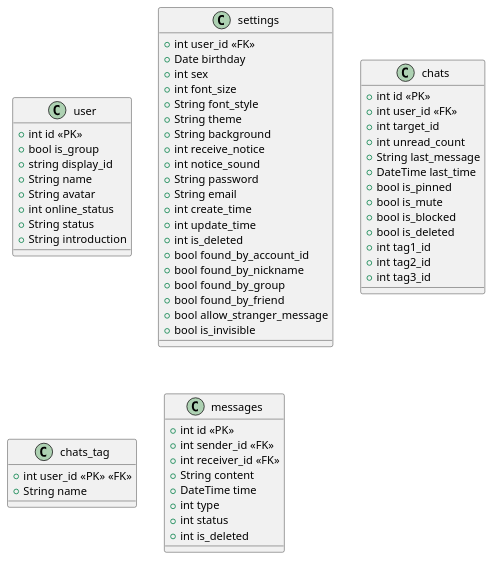
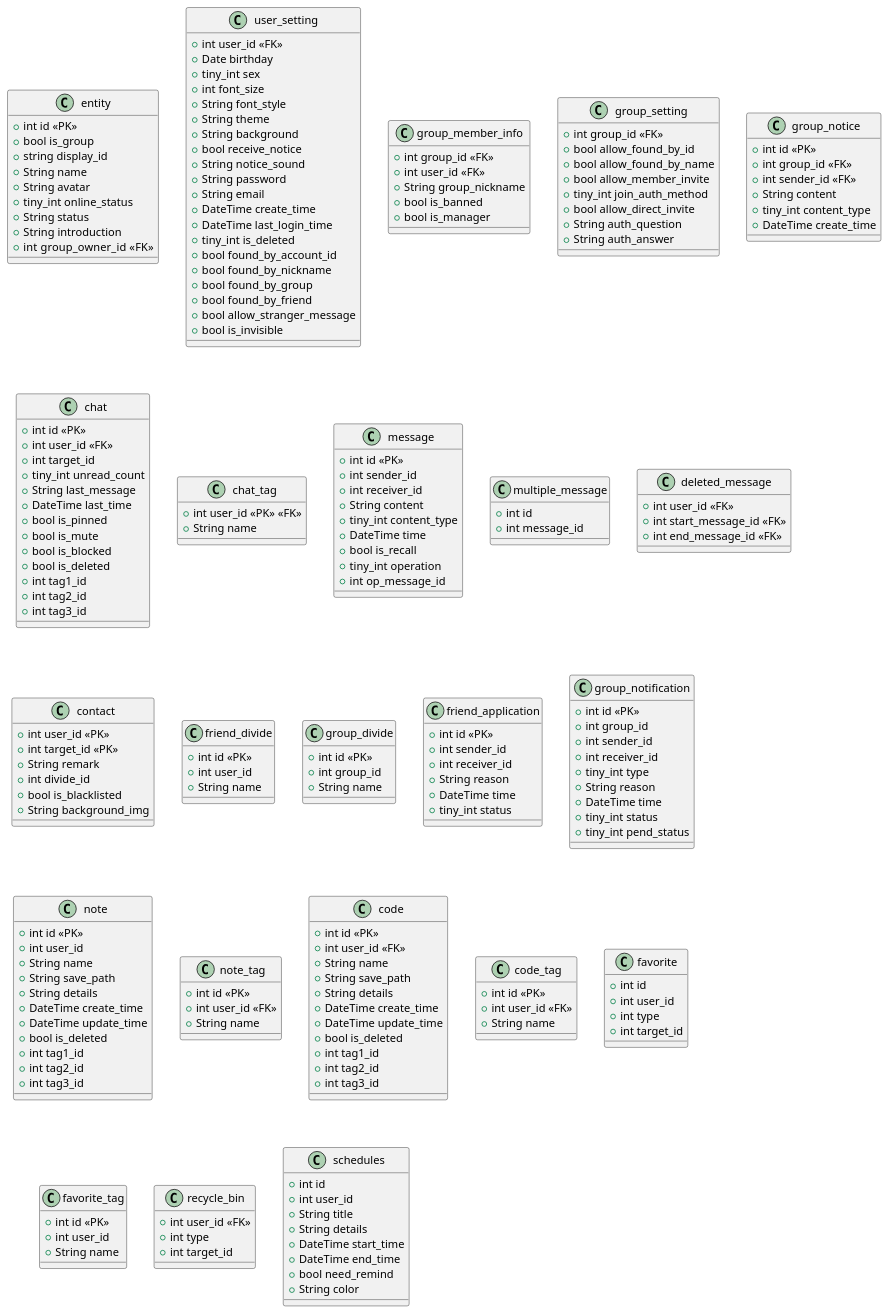
One commit to AnliClark/CommunicationNotes changed the diagram in Database/实体类图.puml. Above: the diagram before and after it, drawn with PlantUML. The commit also changed 3 other files, not shown here.

```diff
--- a/Database/实体类图.puml
+++ b/Database/实体类图.puml
@@ -1,32 +1,34 @@
 @startuml
-class user{
+' 用户和群聊
+class entity{
     +int id <<PK>> 
     +bool is_group
     +string display_id 
     +String name
     +String avatar
-    +int online_status
+    +tiny_int online_status
     +String status  
     +String introduction 
+    +int group_owner_id  <<FK>>
 }
-class settings{
+class user_setting{
     +int user_id <<FK>> 
     ' 个人信息
     +Date birthday
-    +int sex
+    +tiny_int sex
     ' 通用设置
     +int font_size
     +String font_style
     +String theme
     +String background
-    +int receive_notice
-    +int notice_sound
+    +bool receive_notice
+    +String notice_sound
     ' 安全设置
     +String password
     +String email
-    +int create_time
-    +int update_time
-    +int is_deleted
+    +DateTime create_time
+    +DateTime last_login_time
+    +tiny_int is_deleted
     ' 隐私设置
     +bool found_by_account_id
     +bool found_by_nickname
@@ -35,12 +37,38 @@
     +bool allow_stranger_message
     +bool is_invisible
 }
-class chats{
+class group_member_info{
+    +int group_id <<FK>> 
+    +int user_id <<FK>> 
+    +String group_nickname
+    +bool is_banned
+    +bool is_manager
+}
+class group_setting{
+    +int group_id <<FK>>  
+    +bool allow_found_by_id
+    +bool allow_found_by_name
+    +bool allow_member_invite
+    ' enum: no_auth, message_auth, question_auth
+    +tiny_int join_auth_method
+    +bool allow_direct_invite
+    +String auth_question
+    +String auth_answer
+}
+class group_notice{
+    +int id <<PK>> 
+    +int group_id <<FK>> 
+    +int sender_id <<FK>> 
+    +String content
+    +tiny_int content_type
+    +DateTime create_time
+}
+class chat{
     +int id <<PK>>
     +int user_id <<FK>>
     ' 对方的id
     +int target_id
-    +int unread_count
+    +tiny_int unread_count
     +String last_message
     +DateTime last_time
     +bool is_pinned
@@ -51,18 +79,135 @@
     +int tag2_id
     +int tag3_id
 }
-class chats_tag{
+class chat_tag{
     +int user_id <<PK>> <<FK>>
     +String name
 }
-class messages{
+class message{
     +int id <<PK>>
-    +int sender_id <<FK>>
-    +int receiver_id <<FK>>
+    +int sender_id 
+    +int receiver_id 
     +String content
+    +tiny_int content_type
     +DateTime time
+    +bool is_recall
+    ' 对消息的操作
+    +tiny_int operation
+    +int op_message_id
+}
+class multiple_message{
+    +int id 
+    +int message_id
+}
+class deleted_message{
+    +int user_id <<FK>>
+    +int start_message_id <<FK>>
+    +int end_message_id <<FK>>
+}
+class contact{
+    +int user_id <<PK>> 
+    +int target_id <<PK>> 
+    +String remark
+    +int divide_id
+    +bool is_blacklisted
+    +String background_img
+}
+class friend_divide{
+    +int id <<PK>>
+    +int user_id 
+    +String name
+}
+class group_divide{
+    +int id <<PK>>
+    +int group_id 
+    +String name
+}
+class friend_application{
+    +int id <<PK>>
+    +int sender_id 
+    +int receiver_id 
+    +String reason
+    +DateTime time
+    ' 0:未处理 1:已同意 2:已拒绝 3:已忽略
+    +tiny_int status
+}
+class group_notification{
+    +int id <<PK>>
+    +int group_id 
+    +int sender_id 
+    +int receiver_id 
+    ' 0:申请 1:邀请 2:邀请后的申请 3:通知
+    +tiny_int type
+    +String reason
+    +DateTime time
+    ' 0:未处理 1:已同意 2:已拒绝 3:已忽略 4:已撤销
+    +tiny_int status
+    ' （用于邀请后的申请）0:未处理 1:已同意 2:已拒绝 3:已忽略
+    +tiny_int pend_status
+}
+class note{
+    +int id <<PK>>
+    +int user_id 
+    +String name
+    +String save_path
+    +String details
+    +DateTime create_time
+    +DateTime update_time
+    +bool is_deleted
+    +int tag1_id
+    +int tag2_id
+    +int tag3_id
+}
+class note_tag{
+    +int id <<PK>>
+    +int user_id <<FK>>
+    +String name
+}
+class code{
+    +int id <<PK>>
+    +int user_id <<FK>>
+    +String name
+    +String save_path
+    +String details
+    +DateTime create_time
+    +DateTime update_time
+    +bool is_deleted
+    +int tag1_id
+    +int tag2_id
+    +int tag3_id
+}
+class code_tag{
+    +int id <<PK>>
+    +int user_id <<FK>>
+    +String name
+}
+class favorite{
+    +int id
+    +int user_id
+    ' 0:消息 1:多选消息 2:笔记 3:代码 
     +int type
-    +int status
-    +int is_deleted
+    ' 在对应的表中的id
+    +int target_id
+}
+class favorite_tag{
+    +int id <<PK>>
+    +int user_id 
+    +String name
+}
+class recycle_bin{
+    +int user_id <<FK>>
+    ' 0:笔记 1:代码
+    +int type
+    +int target_id
+}
+class schedules{
+    +int id
+    +int user_id
+    +String title
+    +String details
+    +DateTime start_time
+    +DateTime end_time
+    +bool need_remind
+    +String color
 }
 @enduml
```
